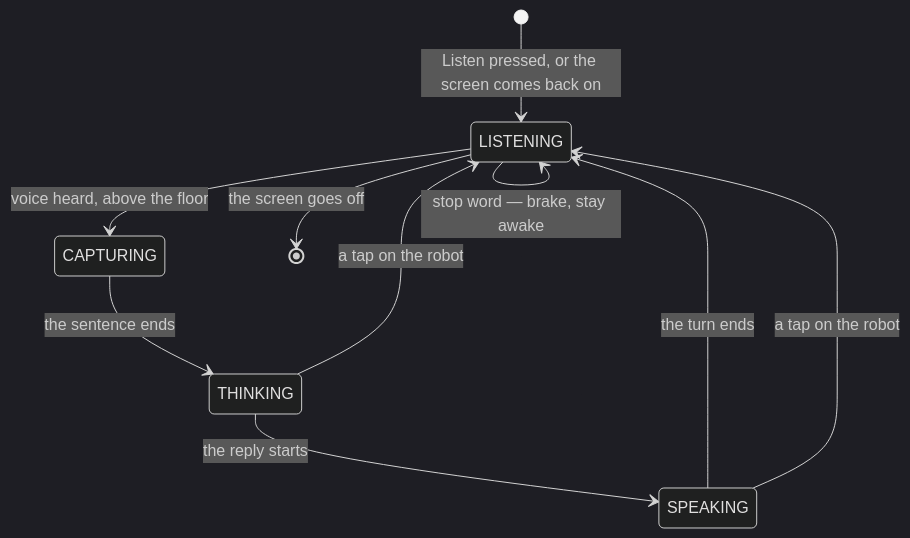
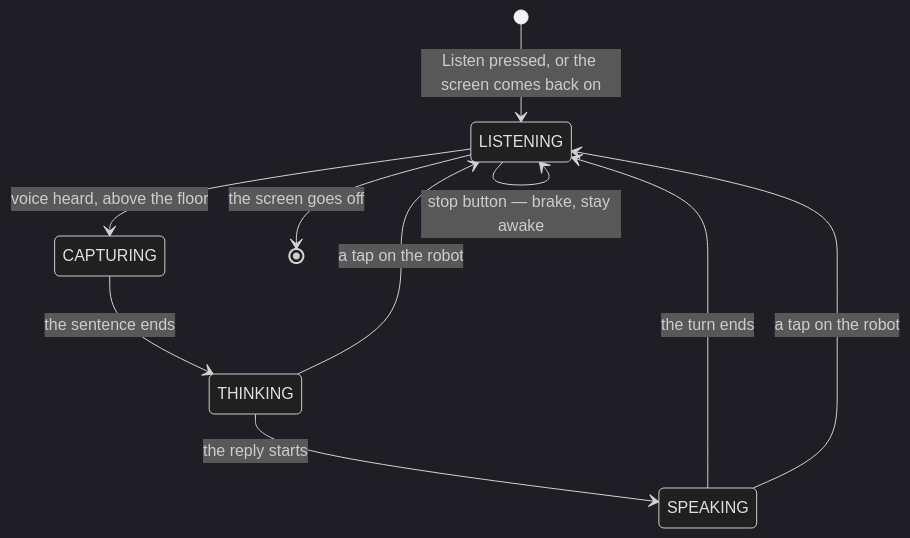
The first of 3 diagrams in docs/ui.md (beasaltfish/bot-reborn), drawn with Mermaid (dark theme) before and after one commit. The commit also changed other lines of this file and 18 other files, not shown here.

Commit message:
refactor(voice): no stop word; the stop button is the brake, and the spotter sleeps with the wake word off

````diff
--- a/docs/ui.md
+++ b/docs/ui.md
@@ -107,13 +110,13 @@
 ```mermaid
 stateDiagram-v2
     [*] --> LISTENING: Listen pressed, or the screen comes back on
     LISTENING --> CAPTURING: voice heard, above the floor
     CAPTURING --> THINKING: the sentence ends
     THINKING --> SPEAKING: the reply starts
     SPEAKING --> LISTENING: the turn ends
     SPEAKING --> LISTENING: a tap on the robot
     THINKING --> LISTENING: a tap on the robot
     LISTENING --> LISTENING: 30 s with nothing said — car stops, conversation forgotten
-    LISTENING --> LISTENING: stop word — brake, stay awake
+    LISTENING --> LISTENING: stop button — brake, stay awake
     LISTENING --> [*]: the screen goes off
 ```
````
